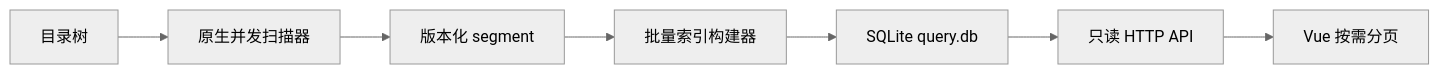
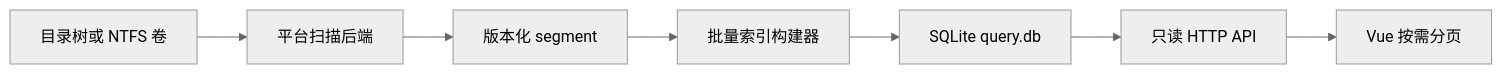
Before and after one commit to NOBB2333/liunx_go_tools: the diagram in docs/architecture.md, drawn with Mermaid (neutral theme). The commit also changed other lines of this file and 26 other files, not shown here.

````diff
--- a/docs/architecture.md
+++ b/docs/architecture.md
@@ -28,9 +28,9 @@
 ```mermaid
 flowchart LR
-    A[目录树] --> B[原生并发扫描器]
+    A[目录树或 NTFS 卷] --> B[平台扫描后端]
     B --> C[版本化 segment]
     C --> D[批量索引构建器]
     D --> E[SQLite query.db]
     E --> F[只读 HTTP API]
     F --> G[Vue 按需分页]
 ```
````
